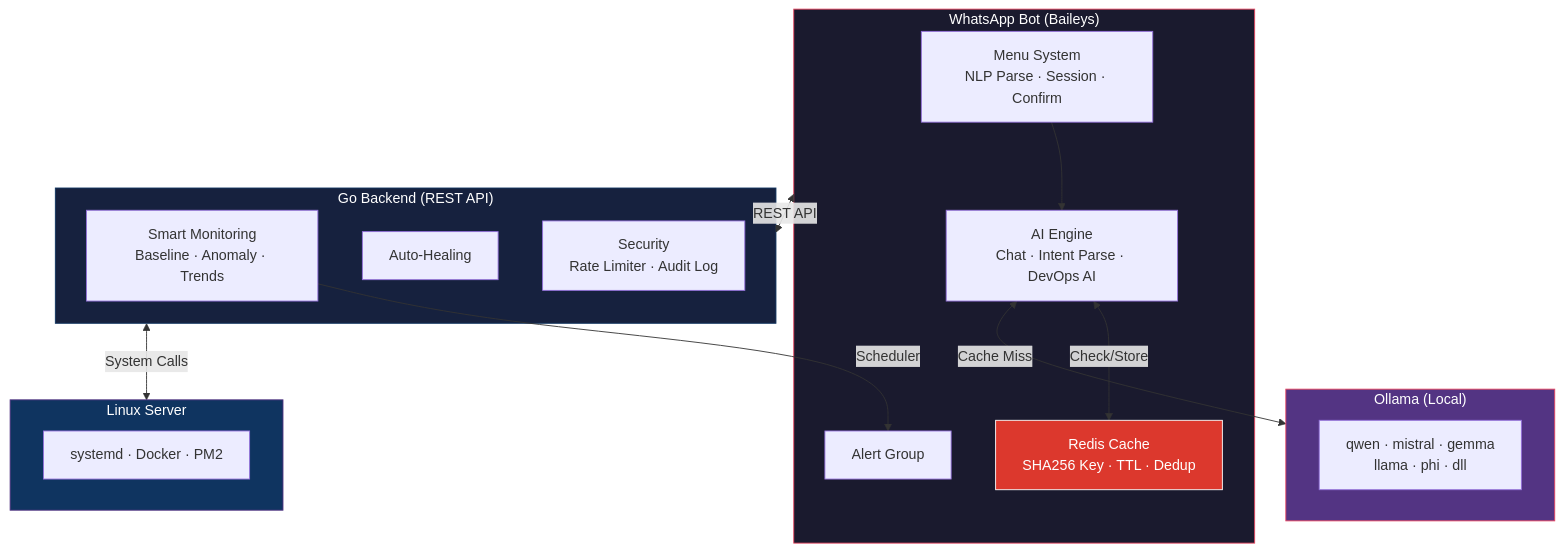
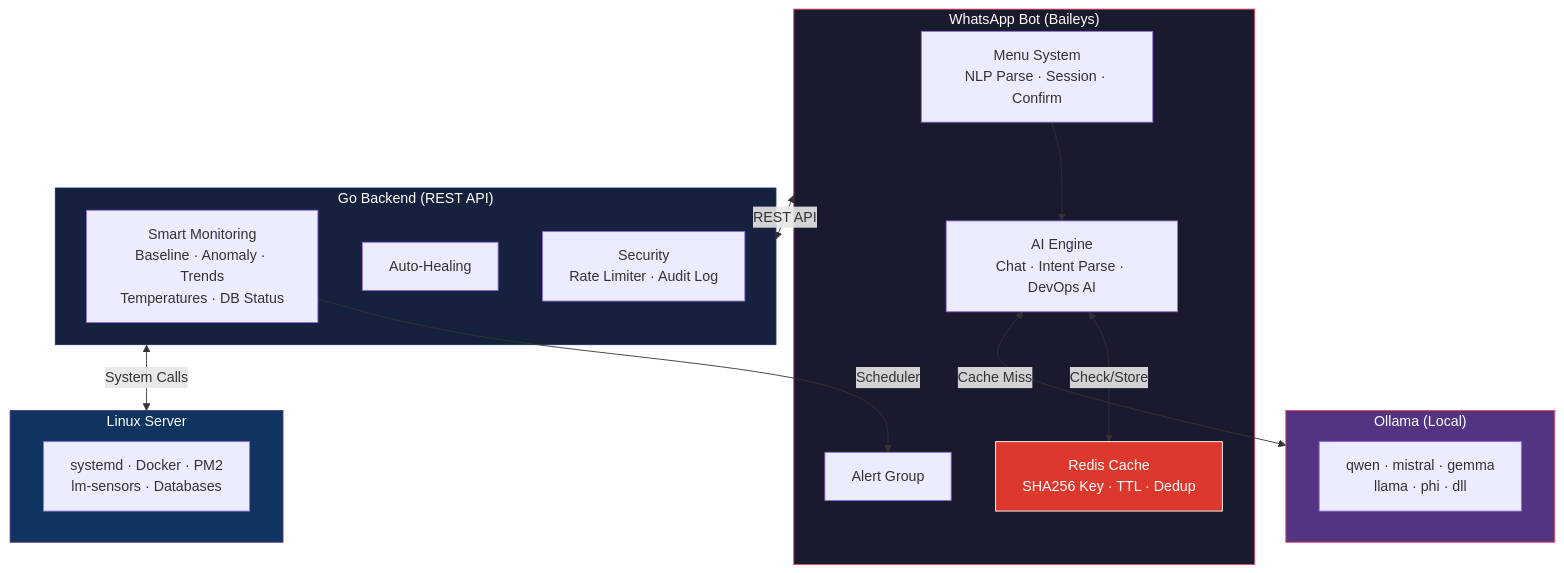
One commit to fahmiajik12/whatsapp-bot-server-monitor changed the diagram in README.md. Above: the diagram before and after it, drawn with Mermaid. The commit also changed other lines of this file and 15 other files, not shown here.

Commit message:
feat: implement visual resource monitoring with PNG charts, hardware temperature tracking, database status checks, and AI context memory.

````diff
--- a/README.md
+++ b/README.md
@@ -14,36 +14,36 @@
 ```mermaid
 graph TB
     subgraph WA["WhatsApp Bot (Baileys)"]
         MENU["Menu System<br/>NLP Parse · Session · Confirm"]
         AI["AI Engine<br/>Chat · Intent Parse · DevOps AI"]
         CACHE["Redis Cache<br/>SHA256 Key · TTL · Dedup"]
         ALERT["Alert Group"]
     end
 
     subgraph BE["Go Backend (REST API)"]
-        MON["Smart Monitoring<br/>Baseline · Anomaly · Trends"]
+        MON["Smart Monitoring<br/>Baseline · Anomaly · Trends<br/>Temperatures · DB Status"]
         AUTO["Auto-Healing"]
         SEC["Security<br/>Rate Limiter · Audit Log"]
     end
 
     subgraph SRV["Linux Server"]
-        SYS["systemd · Docker · PM2"]
+        SYS["systemd · Docker · PM2<br/>lm-sensors · Databases"]
     end
 
     subgraph LLM["Ollama (Local)"]
         MODELS["qwen · mistral · gemma<br/>llama · phi · dll"]
     end
 
     WA <-->|REST API| BE
     BE <-->|System Calls| SRV
     MON -->|Scheduler| ALERT
     AI <-->|Cache Miss| LLM
     AI <-->|Check/Store| CACHE
     MENU --> AI
 
     style WA fill:#1a1a2e,stroke:#e94560,color:#fff
     style BE fill:#16213e,stroke:#0f3460,color:#fff
     style SRV fill:#0f3460,stroke:#533483,color:#fff
     style LLM fill:#533483,stroke:#e94560,color:#fff
     style CACHE fill:#DC382D,stroke:#fff,color:#fff
 ```
````
